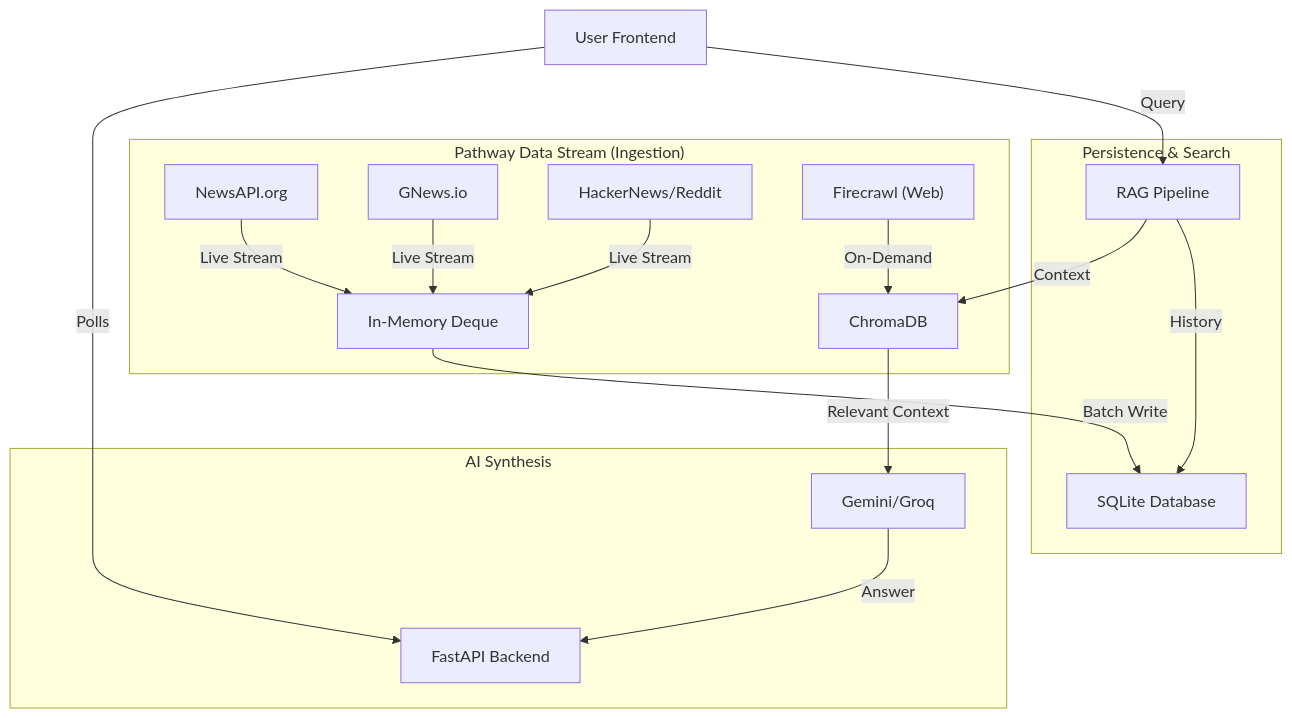
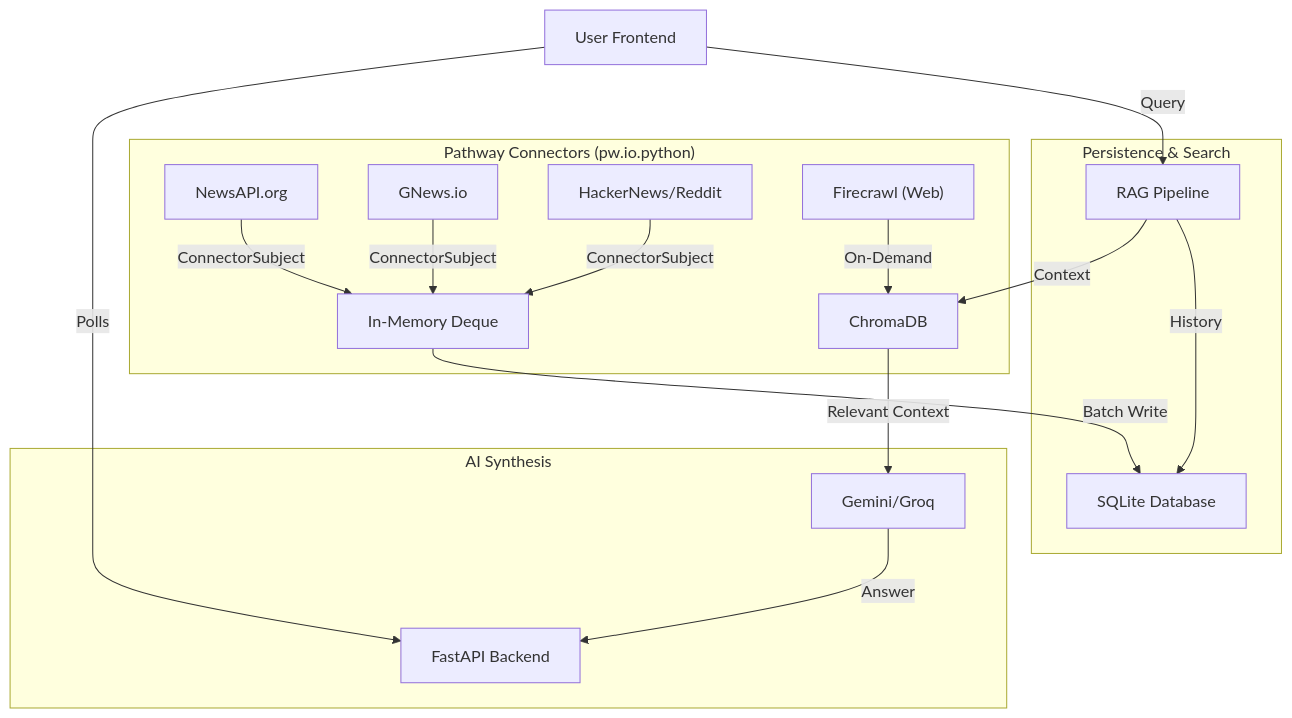
One commit to atharvavdeo/LiveAnalyst_Pathway changed the diagram in README.md. Above: the diagram before and after it, drawn with Mermaid. The commit also changed other lines of this file, not shown here.

Commit message:
docs: Add Pathway framework references to System Architecture section

````diff
--- a/README.md
+++ b/README.md
@@ -10,23 +10,23 @@
 ```mermaid
 graph TD
     User[User Frontend] -->|Polls| API[FastAPI Backend]
     User -->|Query| RAG[RAG Pipeline]
 
-    subgraph "Pathway Data Stream (Ingestion)"
-        NewsAPI[NewsAPI.org] -->|Live Stream| Buffer[In-Memory Deque]
-        GNews[GNews.io] -->|Live Stream| Buffer
-        Social["HackerNews/Reddit"] -->|Live Stream| Buffer
+    subgraph "Pathway Connectors (pw.io.python)"
+        NewsAPI[NewsAPI.org] -->|ConnectorSubject| Buffer[In-Memory Deque]
+        GNews[GNews.io] -->|ConnectorSubject| Buffer
+        Social["HackerNews/Reddit"] -->|ConnectorSubject| Buffer
         Firecrawl["Firecrawl (Web)"] -->|On-Demand| VectorStore
     end
 
     subgraph "Persistence & Search"
         Buffer -->|Batch Write| SQL[SQLite Database]
         RAG -->|Context| VectorStore[ChromaDB]
         RAG -->|History| SQL
     end
 
     subgraph "AI Synthesis"
         VectorStore -->|Relevant Context| LLM["Gemini/Groq"]
         LLM -->|Answer| API
     end
 ```
````
